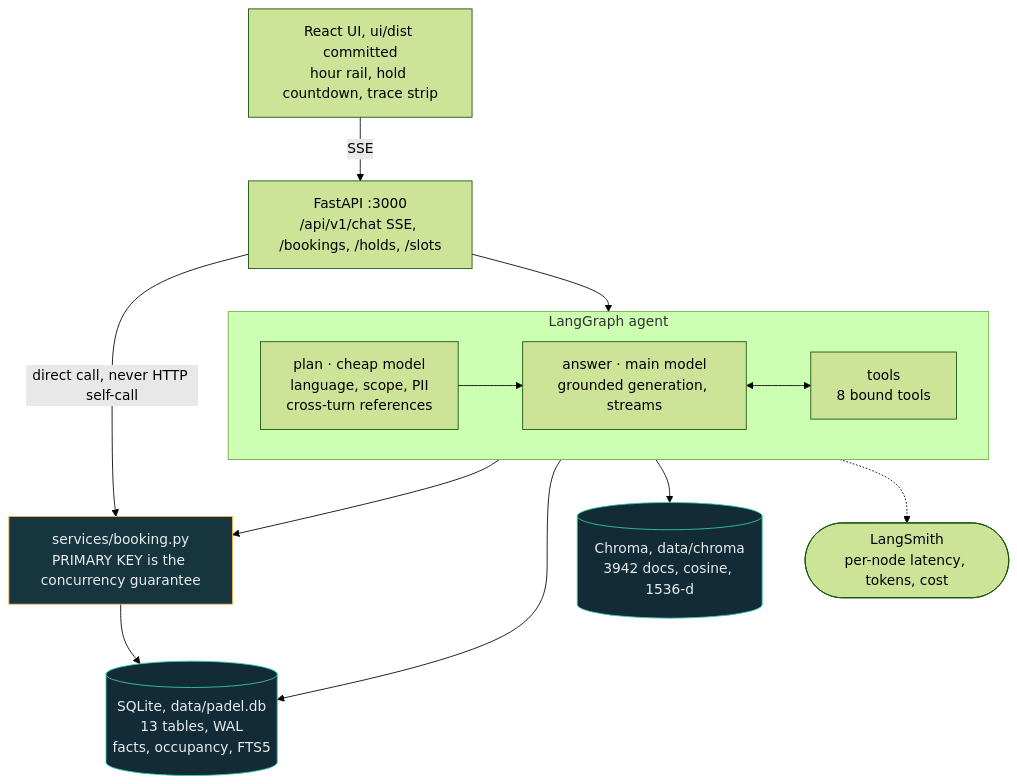
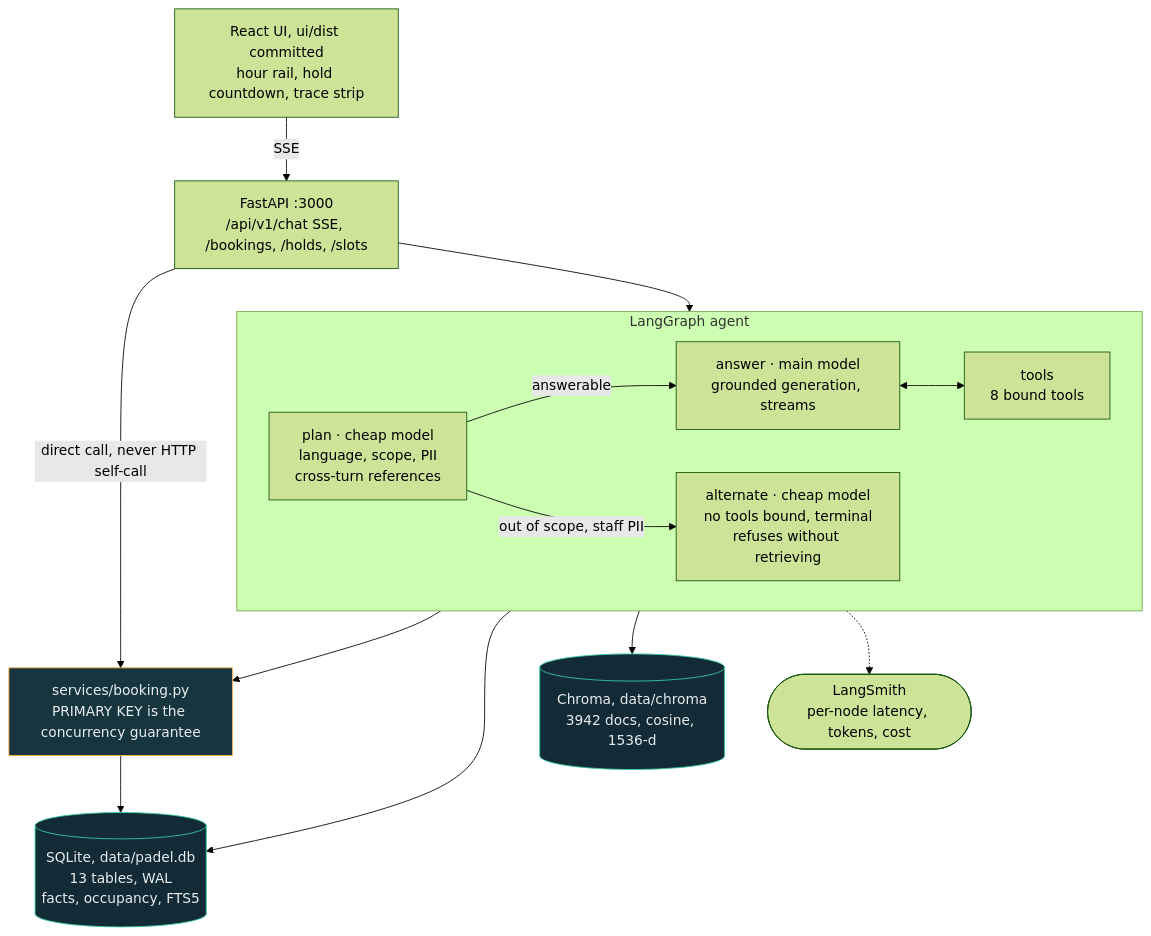
The first of 2 diagrams in README.md (R1han/padel-booking-ai-assessment), drawn with Mermaid (forest theme) before and after one commit. The commit also changed other lines of this file and 1 other file, not shown here.

````diff
--- a/README.md
+++ b/README.md
@@ -74,33 +89,35 @@
 ```mermaid
 flowchart TB
     UI["React UI, ui/dist committed<br/>hour rail, hold countdown, trace strip"]
     API["FastAPI :3000<br/>/api/v1/chat SSE, /bookings, /holds, /slots"]
 
     subgraph AGENT["LangGraph agent"]
         direction LR
         PLAN["plan &middot; cheap model<br/>language, scope, PII<br/>cross-turn references"]
         ANS["answer &middot; main model<br/>grounded generation, streams"]
+        ALT["alternate &middot; cheap model<br/>no tools bound, terminal<br/>refuses without retrieving"]
         TOOLS["tools<br/>8 bound tools"]
-        PLAN --> ANS
+        PLAN -->|answerable| ANS
+        PLAN -->|out of scope, staff PII| ALT
         ANS <--> TOOLS
     end
 
     SQL[("SQLite, data/padel.db<br/>13 tables, WAL<br/>facts, occupancy, FTS5")]
     VEC[("Chroma, data/chroma<br/>3942 docs, cosine, 1536-d")]
     BOOK["services/booking.py<br/>PRIMARY KEY is the concurrency guarantee"]
     LS(["LangSmith<br/>per-node latency, tokens, cost"])
 
     UI -->|SSE| API
     API --> AGENT
     API -->|direct call, never HTTP self-call| BOOK
     TOOLS --> BOOK
     TOOLS --> SQL
     TOOLS --> VEC
     BOOK --> SQL
     AGENT -.-> LS
 
     classDef store fill:#122b36,stroke:#35d0a5,color:#e8edee
     classDef danger fill:#17353f,stroke:#ffb44c,color:#e8edee
     class SQL,VEC store
     class BOOK danger
 ```
````
